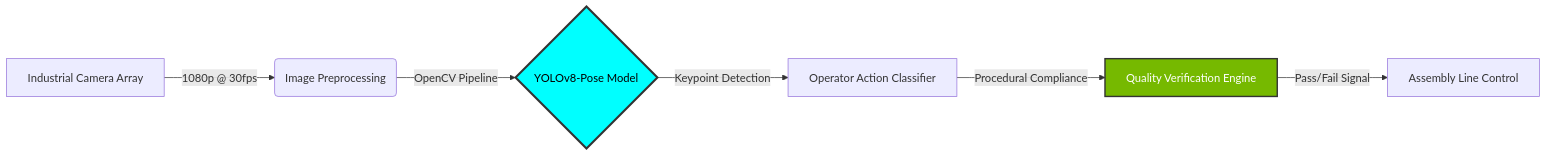
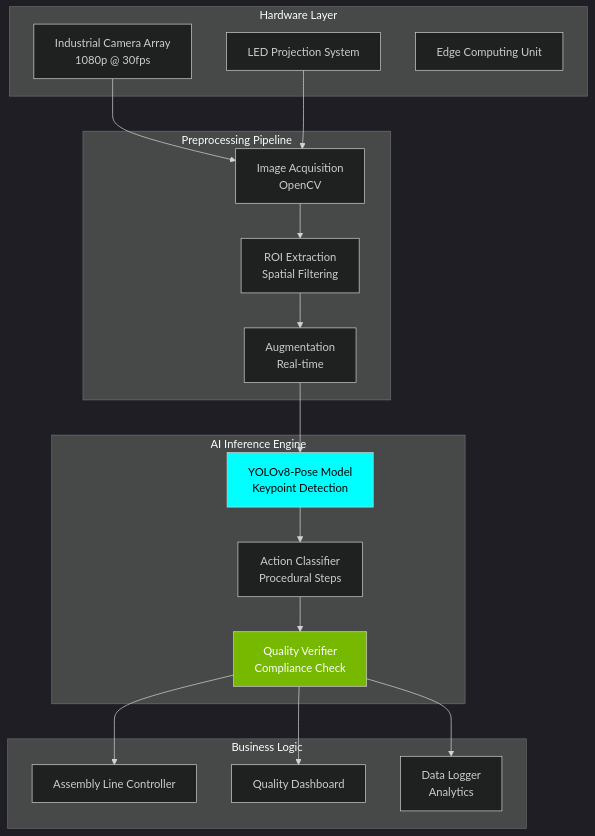
Before and after one commit to siracgezgin/siracgezgin: the first of 2 diagrams in README.md, drawn with Mermaid. The commit also changed other lines of this file, not shown here.

````diff
--- a/README.md
+++ b/README.md
@@ -122,11 +260,41 @@
 ```mermaid
-graph LR
-    A[Industrial Camera Array] -->|1080p @ 30fps| B(Image Preprocessing)
-    B -->|OpenCV Pipeline| C{YOLOv8-Pose Model}
-    C -->|Keypoint Detection| D[Operator Action Classifier]
-    D -->|Procedural Compliance| E[Quality Verification Engine]
-    E -->|Pass/Fail Signal| F[Assembly Line Control]
+%%{init: {'theme':'dark', 'themeVariables': {'darkMode':true}}}%%
+graph TB
+    subgraph "Hardware Layer"
+        A[Industrial Camera Array<br/>1080p @ 30fps]
+        B[LED Projection System]
+        C[Edge Computing Unit]
+    end
     
-    style C fill:#00FFFF,stroke:#333,stroke-width:3px,color:#000
-    style E fill:#76B900,stroke:#333,stroke-width:2px,color:#fff
+    subgraph "Preprocessing Pipeline"
+        D[Image Acquisition<br/>OpenCV]
+        E[ROI Extraction<br/>Spatial Filtering]
+        F[Augmentation<br/>Real-time]
+    end
+    
+    subgraph "AI Inference Engine"
+        G[YOLOv8-Pose Model<br/>Keypoint Detection]
+        H[Action Classifier<br/>Procedural Steps]
+        I[Quality Verifier<br/>Compliance Check]
+    end
+    
+    subgraph "Business Logic"
+        J[Assembly Line Controller]
+        K[Quality Dashboard]
+        L[Data Logger<br/>Analytics]
+    end
+    
+    A --> D
+    B --> D
+    D --> E
+    E --> F
+    F --> G
+    G --> H
+    H --> I
+    I --> J
+    I --> K
+    I --> L
+    
+    style G fill:#00FFFF,color:#000
+    style I fill:#76B900,color:#fff
 ```
````
